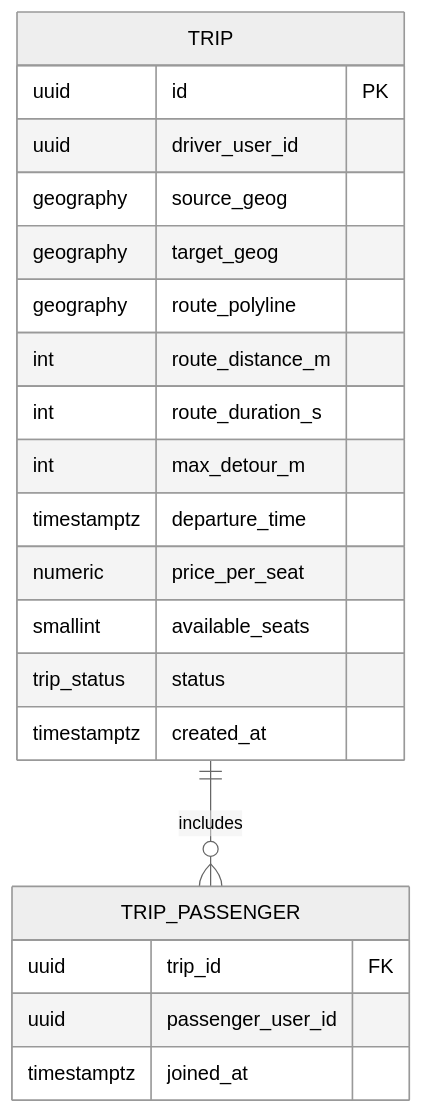
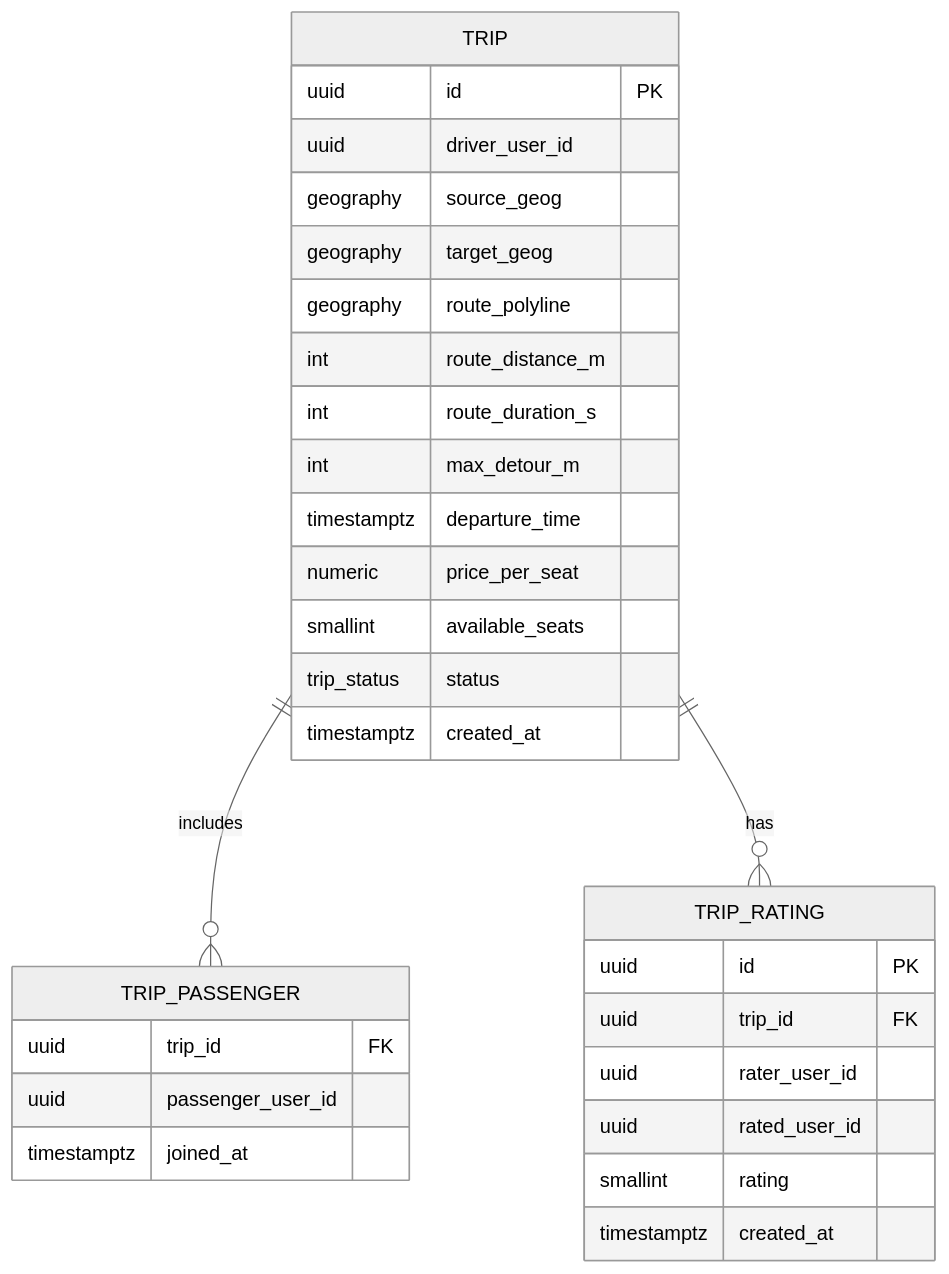
Before and after one commit to Lukasz921/RoadTripPullUp: the third of 3 diagrams in docs/db-schema.md, drawn with Mermaid (neutral theme). The commit also changed other lines of this file, not shown here.

Commit message:
schemadb_update

````diff
--- a/docs/db-schema.md
+++ b/docs/db-schema.md
@@ -102,26 +90,36 @@
 ```mermaid
 erDiagram
     TRIP {
         uuid id PK
         uuid driver_user_id
         geography source_geog
         geography target_geog
         geography route_polyline
         int route_distance_m
         int route_duration_s
         int max_detour_m
         timestamptz departure_time
         numeric price_per_seat
         smallint available_seats
         trip_status status
         timestamptz created_at
     }
 
     TRIP_PASSENGER {
         uuid trip_id FK
         uuid passenger_user_id
         timestamptz joined_at
     }
 
+    TRIP_RATING {
+        uuid id PK
+        uuid trip_id FK
+        uuid rater_user_id
+        uuid rated_user_id
+        smallint rating
+        timestamptz created_at
+    }
+
     TRIP ||--o{ TRIP_PASSENGER : includes
+    TRIP ||--o{ TRIP_RATING : "has"
 ```
````
